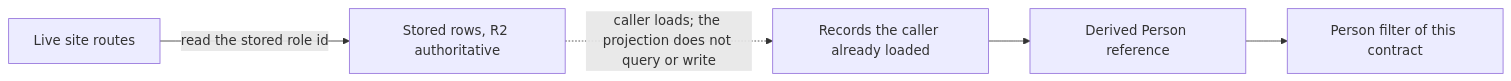
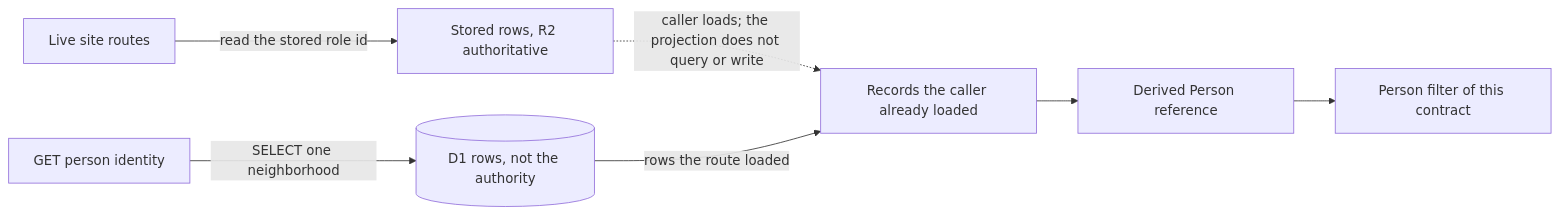
Before and after one commit to vladimino/iptv-watchlist: the second of 2 diagrams in docs/architecture/film-person-lifecycle.md, drawn with Mermaid. The commit also changed other lines of this file and 19 other files, not shown here.

First line of the commit message:
AIR-275: add a read-only D1 person identity route

````diff
--- a/docs/architecture/film-person-lifecycle.md
+++ b/docs/architecture/film-person-lifecycle.md
@@ -36,11 +36,15 @@
 ```mermaid
 flowchart LR
   loaded["Records the caller already loaded"]
   derived["Derived Person reference"]
   filters["Person filter of this contract"]
   stored["Stored rows, R2 authoritative"]
   routes["Live site routes"]
+  identity["GET person identity"]
+  d1rows[("D1 rows, not the authority")]
   loaded --> derived --> filters
   stored -.->|caller loads; the projection does not query or write| loaded
   routes -->|read the stored role id| stored
+  identity -->|SELECT one neighborhood| d1rows
+  d1rows -->|rows the route loaded| loaded
 ```
````
